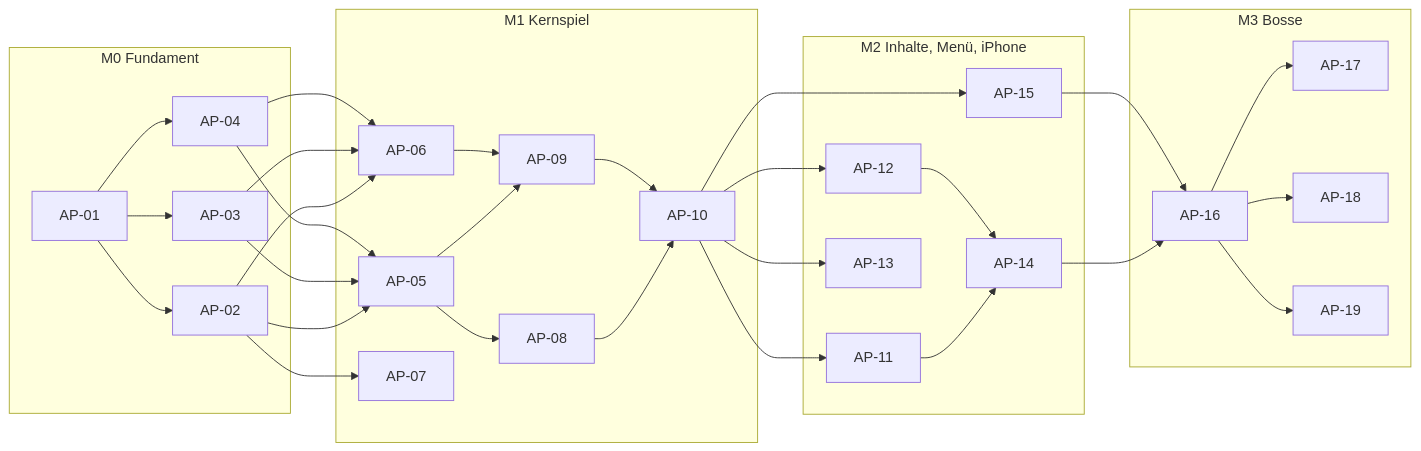
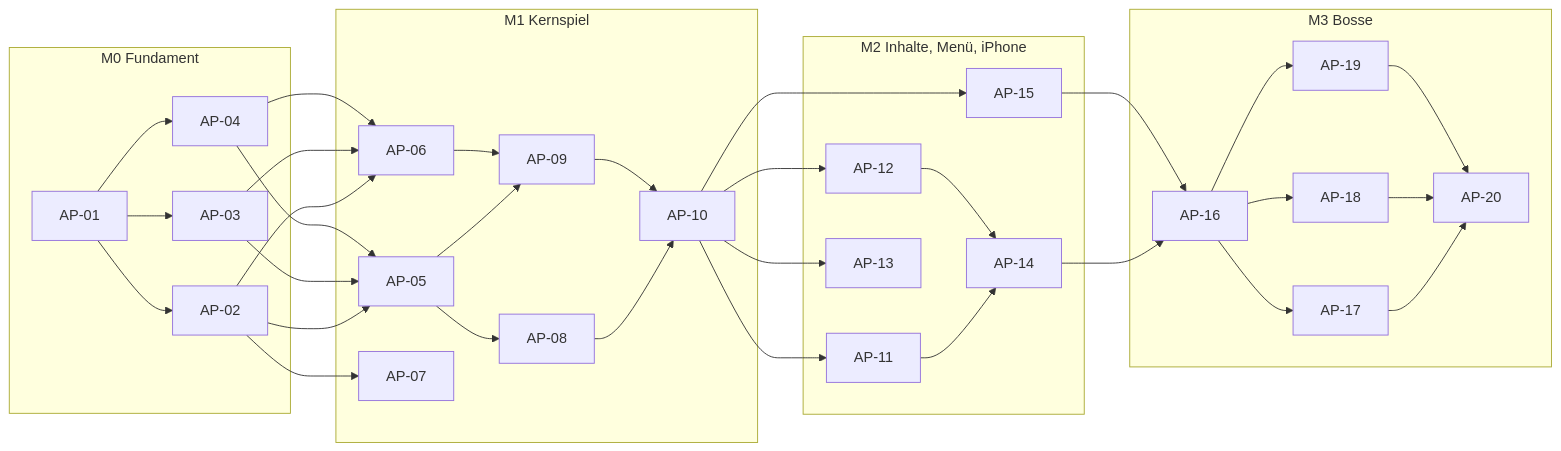
The third of 3 diagrams in docs/masterBuildPlan.md (CemDCoding/360shooter), drawn with Mermaid before and after one commit. The commit also changed other lines of this file, not shown here.

````diff
--- a/docs/masterBuildPlan.md
+++ b/docs/masterBuildPlan.md
@@ -563,25 +582,26 @@
 ```mermaid
 flowchart LR
   subgraph M0["M0 Fundament"]
     AP01["AP-01"] --> AP02["AP-02"] & AP03["AP-03"] & AP04["AP-04"]
   end
   subgraph M1["M1 Kernspiel"]
     AP05["AP-05"] --> AP08["AP-08"] & AP09["AP-09"]
     AP06["AP-06"] --> AP09
     AP08 & AP09 --> AP10["AP-10"]
     AP07["AP-07"]
   end
   subgraph M2["M2 Inhalte, Menü, iPhone"]
     AP11["AP-11"] --> AP14["AP-14"]
     AP12["AP-12"] --> AP14
     AP13["AP-13"]
     AP15["AP-15"]
   end
   subgraph M3["M3 Bosse"]
     AP16["AP-16"] --> AP17["AP-17"] & AP18["AP-18"] & AP19["AP-19"]
+    AP17 & AP18 & AP19 --> AP20["AP-20"]
   end
   AP02 & AP03 & AP04 --> AP05 & AP06
   AP02 --> AP07
   AP10 --> AP11 & AP12 & AP13 & AP15
   AP14 & AP15 --> AP16
 ```
````
